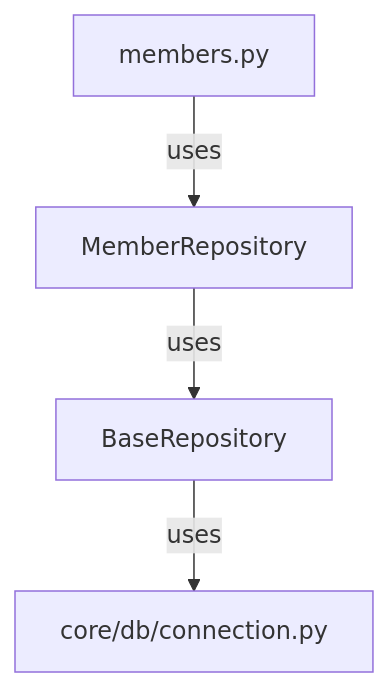
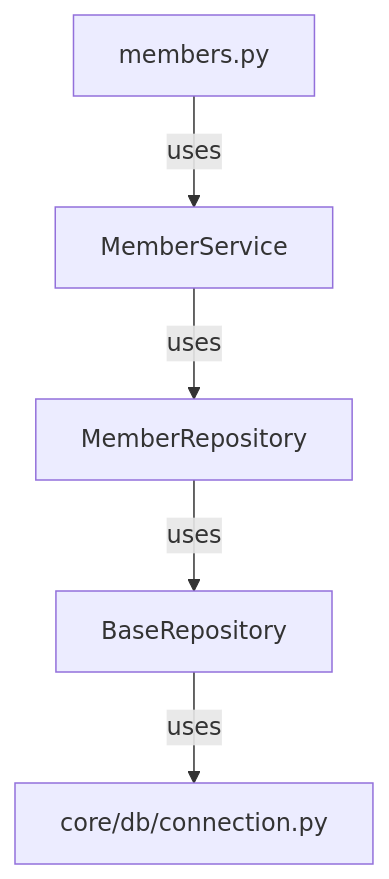
One commit to simcitysocial97-dev/ClariFin_OS changed the seventh of 14 diagrams in docs/reports/Program_5_3B_Dependency_Graph.md. Above: the diagram before and after it, drawn with Mermaid. The commit also changed other lines of this file and 62 other files, not shown here.

````diff
--- a/docs/reports/Program_5_3B_Dependency_Graph.md
+++ b/docs/reports/Program_5_3B_Dependency_Graph.md
@@ -95,6 +97,7 @@
 ```mermaid
 graph TD
-    A[members.py] -->|uses| B[MemberRepository]
-    B -->|uses| C[BaseRepository]
-    C -->|uses| D[core/db/connection.py]
+    A[members.py] -->|uses| B[MemberService]
+    B -->|uses| C[MemberRepository]
+    C -->|uses| D[BaseRepository]
+    D -->|uses| E[core/db/connection.py]
 ```
````
